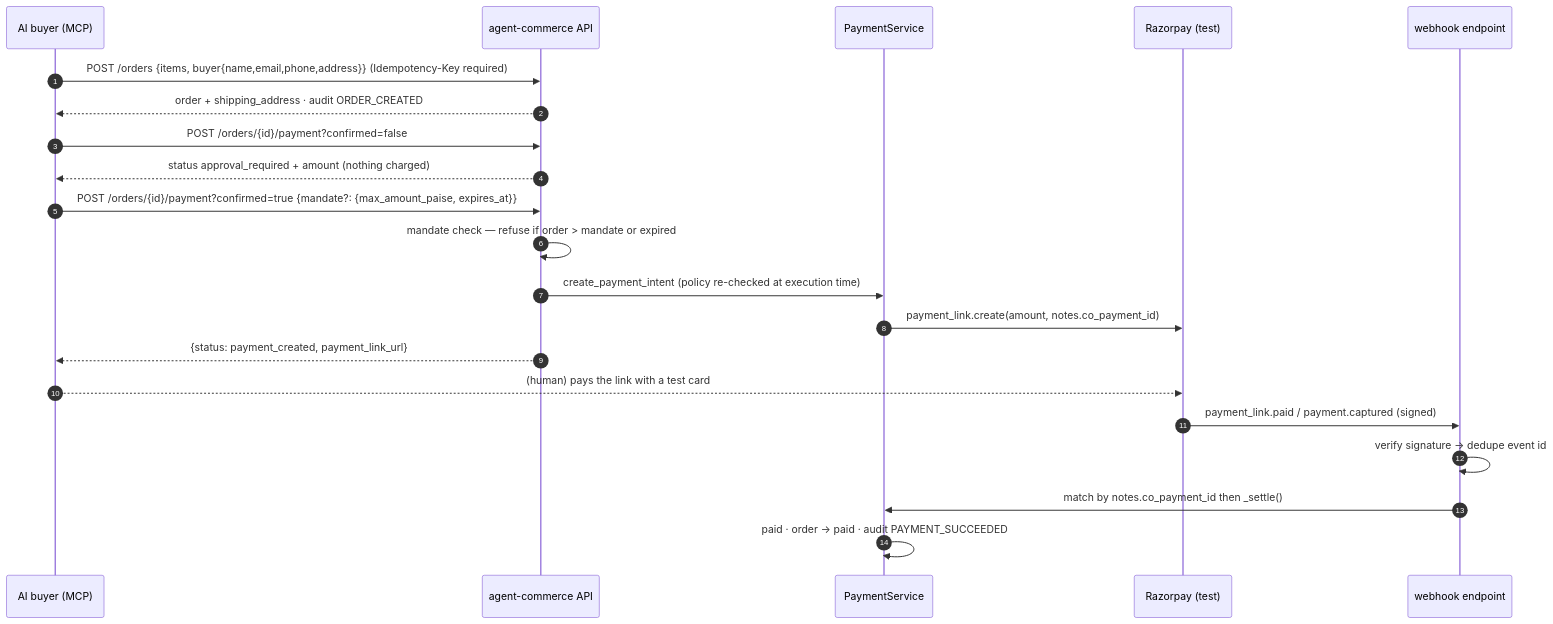
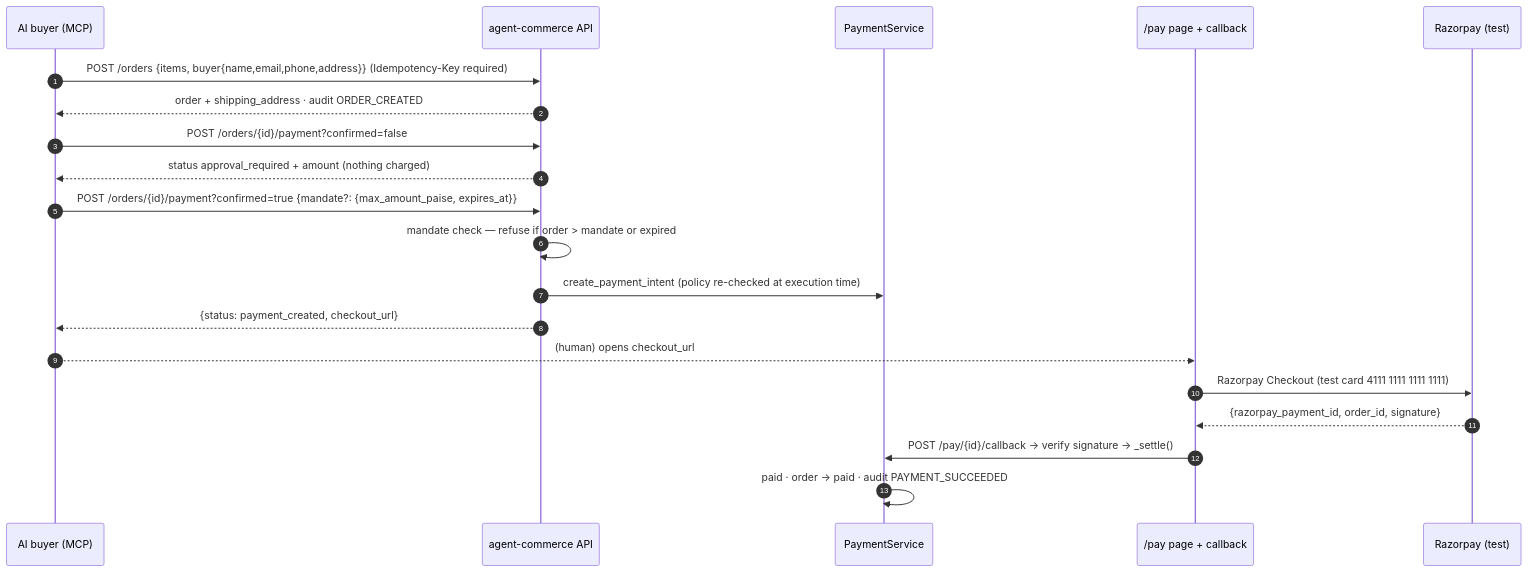
Before and after one commit to donthalamohanrao0-coder/commerceos: the ninth of 13 diagrams in README.md, drawn with Mermaid. The commit also changed other lines of this file and 10 other files, not shown here.

First line of the commit message:
feat(payments): hosted checkout page for external AI-buyer payments

````diff
--- a/README.md
+++ b/README.md
@@ -338,23 +344,22 @@
 ```mermaid
 sequenceDiagram
   autonumber
   participant B as AI buyer (MCP)
   participant API as agent-commerce API
   participant P as PaymentService
+  participant H as /pay page + callback
   participant RZP as Razorpay (test)
-  participant WH as webhook endpoint
   B->>API: POST /orders {items, buyer{name,email,phone,address}}  (Idempotency-Key required)
   API-->>B: order + shipping_address · audit ORDER_CREATED
   B->>API: POST /orders/{id}/payment?confirmed=false
   API-->>B: status approval_required + amount (nothing charged)
   B->>API: POST /orders/{id}/payment?confirmed=true  {mandate?: {max_amount_paise, expires_at}}
   API->>API: mandate check — refuse if order > mandate or expired
   API->>P: create_payment_intent (policy re-checked at execution time)
-  P->>RZP: payment_link.create(amount, notes.co_payment_id)
-  API-->>B: {status: payment_created, payment_link_url}
-  B-->>RZP: (human) pays the link with a test card
-  RZP->>WH: payment_link.paid / payment.captured  (signed)
-  WH->>WH: verify signature → dedupe event id
-  WH->>P: match by notes.co_payment_id then _settle()
+  API-->>B: {status: payment_created, checkout_url}
+  B-->>H: (human) opens checkout_url
+  H->>RZP: Razorpay Checkout (test card 4111 1111 1111 1111)
+  RZP-->>H: {razorpay_payment_id, order_id, signature}
+  H->>P: POST /pay/{id}/callback → verify signature → _settle()
   P->>P: paid · order → paid · audit PAYMENT_SUCCEEDED
 ```
````
